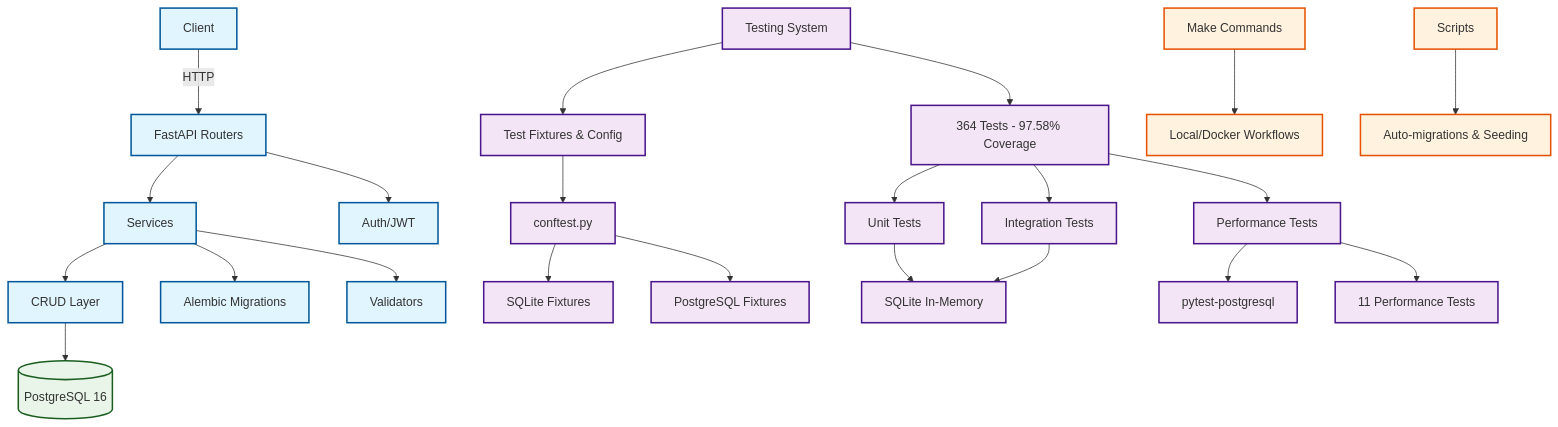
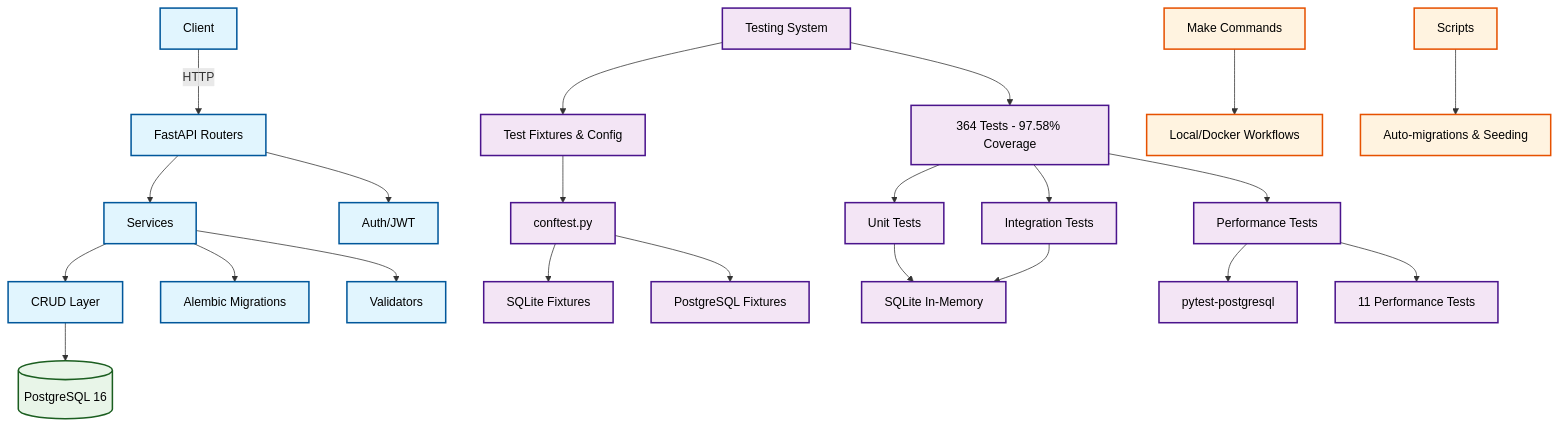
One commit to AndreyZherdetskiy/balance-hub changed the diagram in README.md. Above: the diagram before and after it, drawn with Mermaid.

Commit message:
Fix mermaid colors

````diff
--- a/README.md
+++ b/README.md
@@ -58,44 +58,45 @@
 ```mermaid
 flowchart TD
   %% Основной поток приложения
   A[Client] -->|HTTP| B[FastAPI Routers]
   B --> C[Services]
   C --> D[CRUD Layer]
   D --> E[(PostgreSQL 16)]
   B --> F[Auth/JWT]
   C --> G[Alembic Migrations]
   C --> H[Validators]
 
   %% Система тестирования
   I[Testing System] --> J[364 Tests - 97.58% Coverage]
   I --> K[Test Fixtures & Config]
   K --> L[conftest.py]
   L --> M[SQLite Fixtures]
   L --> N[PostgreSQL Fixtures]
 
   %% Типы тестов
   J --> O[Unit Tests]
   J --> P[Integration Tests]
   J --> Q[Performance Tests]
 
   %% Технологии тестирования
   O --> R[SQLite In-Memory]
   P --> R
   Q --> S[pytest-postgresql]
   Q --> T[11 Performance Tests]
 
   %% Автоматизация и инструменты
   U[Make Commands] --> V[Local/Docker Workflows]
   W[Scripts] --> X[Auto-migrations & Seeding]
 
-  %% Стили
-  classDef app fill:#e1f5fe,stroke:#01579b,stroke-width:2px
-  classDef test fill:#f3e5f5,stroke:#4a148c,stroke-width:2px
-  classDef db fill:#e8f5e8,stroke:#1b5e20,stroke-width:2px
-  classDef tool fill:#fff3e0,stroke:#e65100,stroke-width:2px
+    %% Стили
+  classDef app fill:#e1f5fe,stroke:#01579b,stroke-width:2px,color:#000000
+  classDef test fill:#f3e5f5,stroke:#4a148c,stroke-width:2px,color:#000000
+  classDef db fill:#e8f5e8,stroke:#1b5e20,stroke-width:2px,color:#000000
+  classDef tool fill:#fff3e0,stroke:#e65100,stroke-width:2px,color:#000000
+  classDef http fill:#e1f5fe,stroke:#01579b,stroke-width:2px,color:#ffffff
 
   class A,B,C,D,F,G,H app
   class I,J,K,L,M,N,O,P,Q,R,S,T test
   class E db
   class U,V,W,X tool
 ```
````
